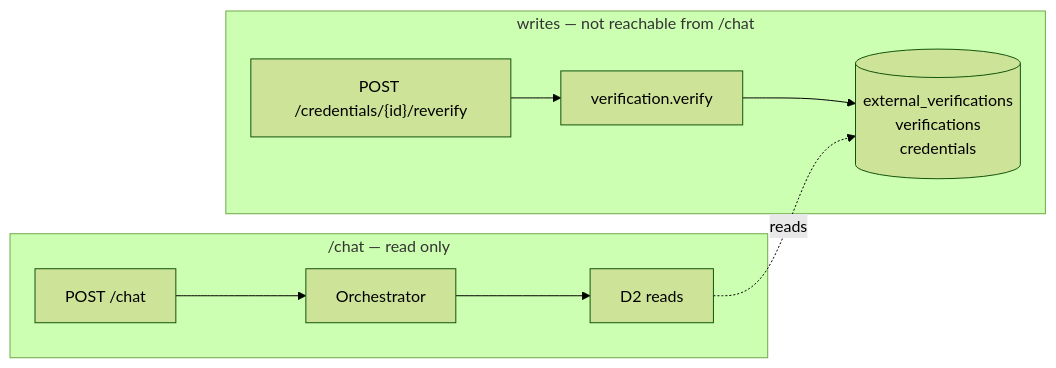
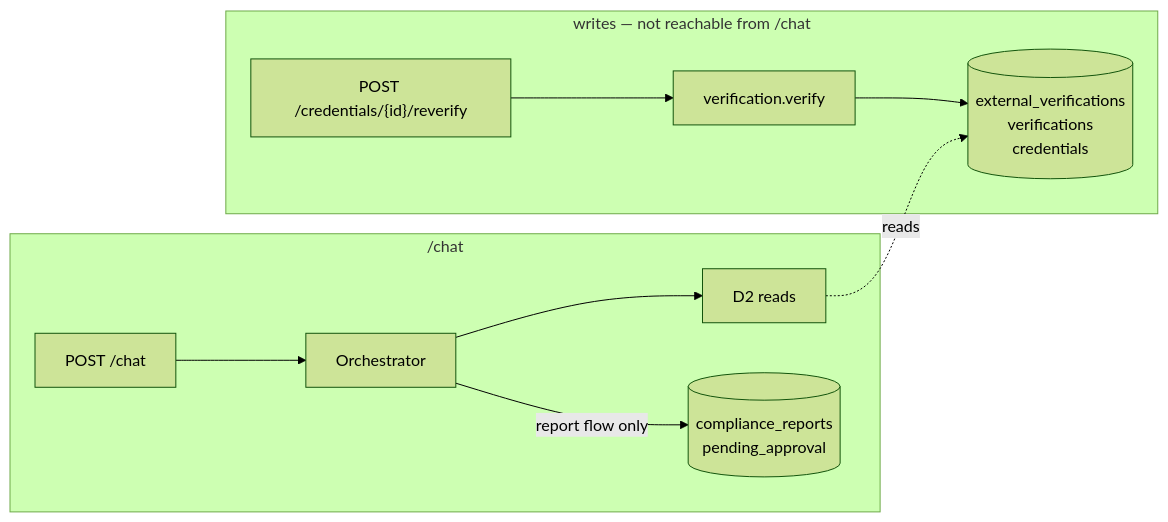
Before and after one commit to PratikKamble99/FDE_POC_FE: the fifth of 6 diagrams in docs/CHAT_ORCHESTRATION.md, drawn with Mermaid (forest theme). The commit also changed other lines of this file and 28 other files, not shown here.

````diff
--- a/docs/CHAT_ORCHESTRATION.md
+++ b/docs/CHAT_ORCHESTRATION.md
@@ -335,12 +341,13 @@
 ```mermaid
 flowchart LR
     subgraph W["writes — not reachable from /chat"]
         RV["POST /credentials/{id}/reverify"] --> VA["verification.verify"]
         VA --> EV[("external_verifications<br/>verifications<br/>credentials")]
     end
-    subgraph R["/chat — read only"]
+    subgraph R["/chat"]
         CH["POST /chat"] --> OR["Orchestrator"]
         OR --> RD["D2 reads"]
         RD -.reads.-> EV
+        OR -->|"report flow only"| RP[("compliance_reports<br/>pending_approval")]
     end
 ```
````
